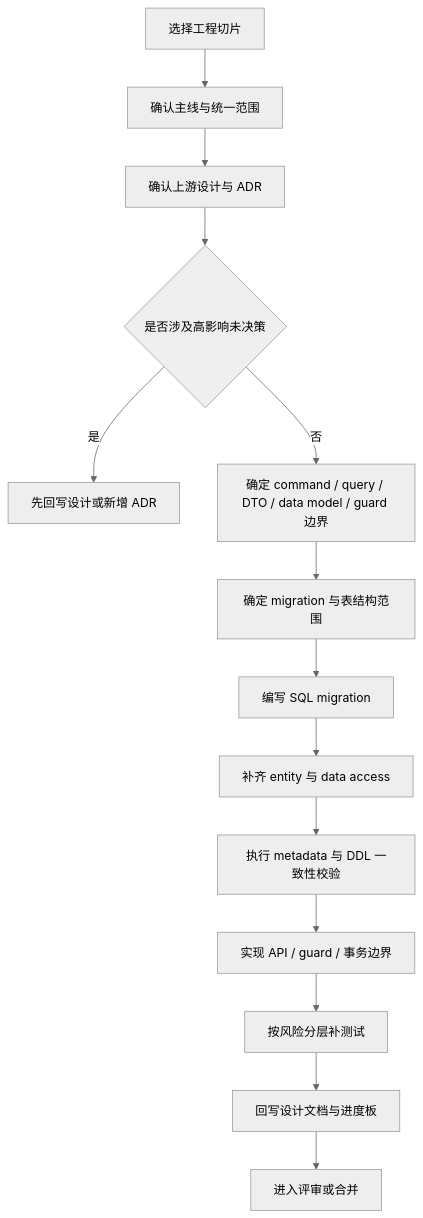
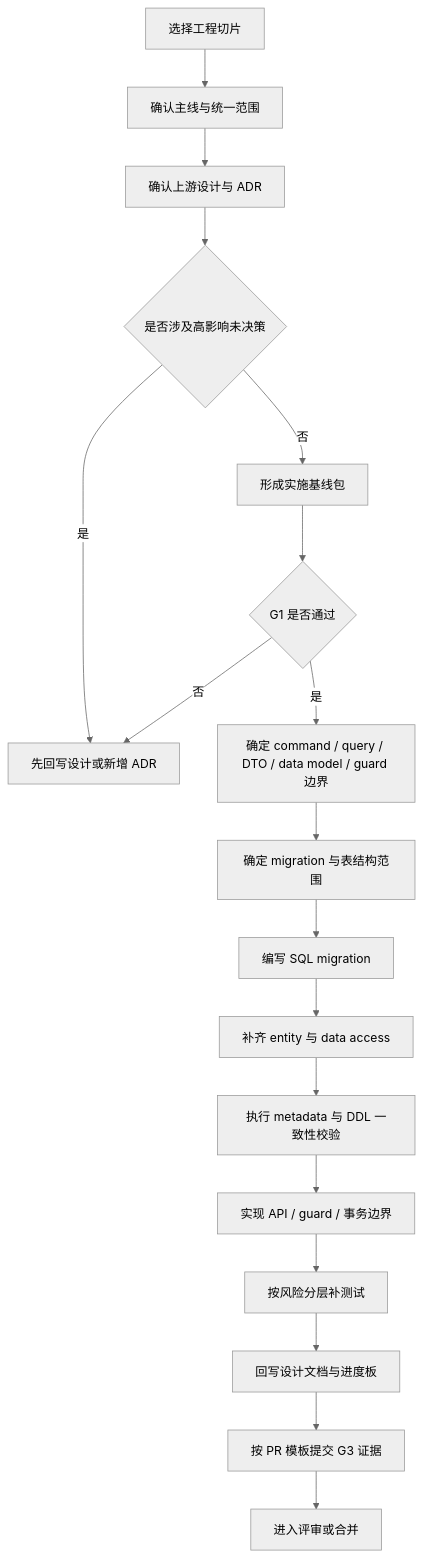
The diagram in docs/design/implementation-delivery-guide.md (illusion-tech/poms), drawn with Mermaid (neutral theme) before and after one commit. The commit also changed other lines of this file and 11 other files, not shown here.

````diff
--- a/docs/design/implementation-delivery-guide.md
+++ b/docs/design/implementation-delivery-guide.md
@@ -193,16 +199,20 @@
 ```mermaid
 flowchart TD
     A[选择工程切片] --> B[确认主线与统一范围]
     B --> C[确认上游设计与 ADR]
     C --> D{是否涉及高影响未决策}
     D -- 是 --> E[先回写设计或新增 ADR]
-    D -- 否 --> F[确定 command / query / DTO / data model / guard 边界]
-    F --> G[确定 migration 与表结构范围]
-    G --> H[编写 SQL migration]
-    H --> I[补齐 entity 与 data access]
-    I --> J[执行 metadata 与 DDL 一致性校验]
-    J --> K[实现 API / guard / 事务边界]
-    K --> L[按风险分层补测试]
-    L --> M[回写设计文档与进度板]
-    M --> N[进入评审或合并]
+    D -- 否 --> F[形成实施基线包]
+    F --> G{G1 是否通过}
+    G -- 否 --> E
+    G -- 是 --> H[确定 command / query / DTO / data model / guard 边界]
+    H --> I[确定 migration 与表结构范围]
+    I --> J[编写 SQL migration]
+    J --> K[补齐 entity 与 data access]
+    K --> L[执行 metadata 与 DDL 一致性校验]
+    L --> M[实现 API / guard / 事务边界]
+    M --> N[按风险分层补测试]
+    N --> O[回写设计文档与进度板]
+    O --> P[按 PR 模板提交 G3 证据]
+    P --> Q[进入评审或合并]
 ```
````
